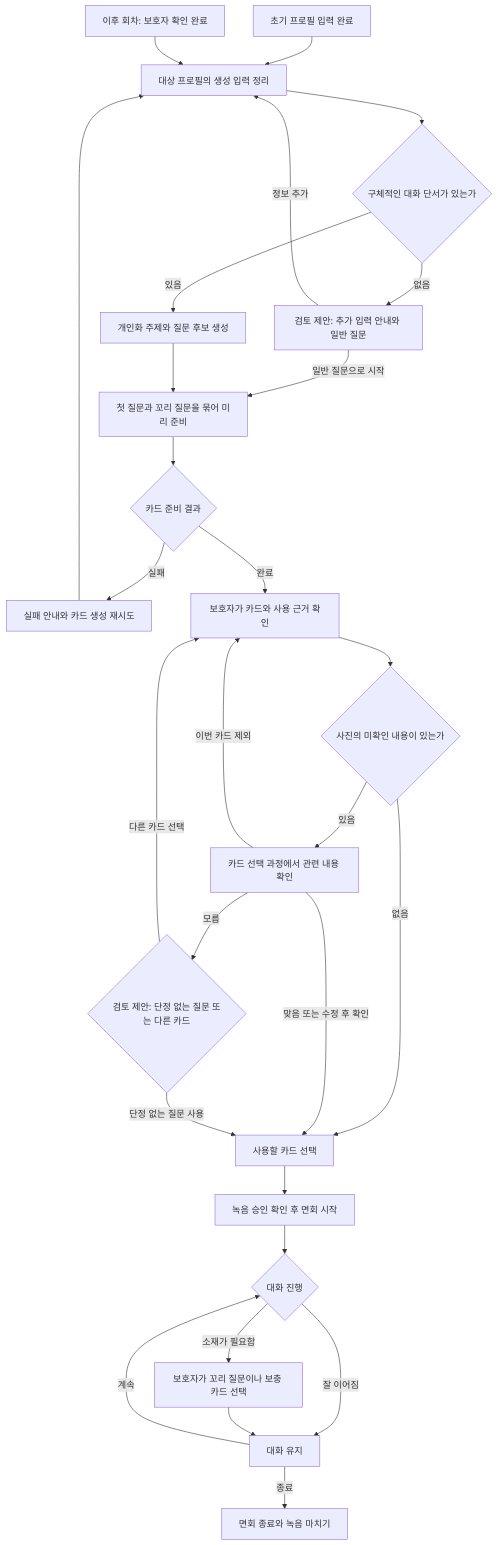
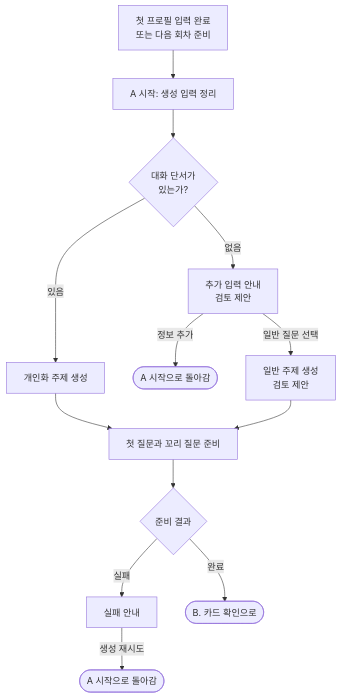
One commit to kakaotechcampus-4/ktc4-chungnam-1 changed the first of 6 diagrams in docs/architecture/card-generation-flow.md. Above: the diagram before and after it, drawn with Mermaid. The commit also changed other lines of this file, not shown here.

````diff
--- a/docs/architecture/card-generation-flow.md
+++ b/docs/architecture/card-generation-flow.md
@@ -42,30 +44,15 @@
 ```mermaid
 flowchart TD
-    A["초기 프로필 입력 완료"] --> B["대상 프로필의 생성 입력 정리"]
-    A2["이후 회차: 보호자 확인 완료"] --> B
-    B --> C{"구체적인 대화 단서가 있는가"}
-    C -->|있음| D["개인화 주제와 질문 후보 생성"]
-    C -->|없음| E["검토 제안: 추가 입력 안내와 일반 질문"]
-    E -->|정보 추가| B
-    E -->|일반 질문으로 시작| F["첫 질문과 꼬리 질문을 묶어 미리 준비"]
-    D --> F
-    F --> G{"카드 준비 결과"}
-    G -->|실패| H["실패 안내와 카드 생성 재시도"]
-    H --> B
-    G -->|완료| I["보호자가 카드와 사용 근거 확인"]
-    I --> J{"사진의 미확인 내용이 있는가"}
-    J -->|없음| K["사용할 카드 선택"]
-    J -->|있음| L["카드 선택 과정에서 관련 내용 확인"]
-    L -->|맞음 또는 수정 후 확인| K
-    L -->|모름| M{"검토 제안: 단정 없는 질문 또는 다른 카드"}
-    M -->|단정 없는 질문 사용| K
-    M -->|다른 카드 선택| I
-    L -->|이번 카드 제외| I
-    K --> N["녹음 승인 확인 후 면회 시작"]
-    N --> O{"대화 진행"}
-    O -->|잘 이어짐| P["대화 유지"]
-    O -->|소재가 필요함| Q["보호자가 꼬리 질문이나 보충 카드 선택"]
-    Q --> P
-    P -->|계속| O
-    P -->|종료| R["면회 종료와 녹음 마치기"]
+    START["첫 프로필 입력 완료<br/>또는 다음 회차 준비"] --> INPUT["A 시작: 생성 입력 정리"]
+    INPUT --> CLUE{"대화 단서가<br/>있는가?"}
+    CLUE -->|있음| PERSONAL["개인화 주제 생성"]
+    CLUE -->|없음| GUIDE["추가 입력 안내<br/>검토 제안"]
+    GUIDE -->|정보 추가| BACK_INPUT(["A 시작으로 돌아감"])
+    GUIDE -->|일반 질문 선택| GENERAL["일반 주제 생성<br/>검토 제안"]
+    PERSONAL --> QUESTIONS["첫 질문과 꼬리 질문 준비"]
+    GENERAL --> QUESTIONS
+    QUESTIONS --> RESULT{"준비 결과"}
+    RESULT -->|실패| ERROR["실패 안내"]
+    ERROR -->|생성 재시도| RETRY(["A 시작으로 돌아감"])
+    RESULT -->|완료| NEXT(["B. 카드 확인으로"])
 ```
````
